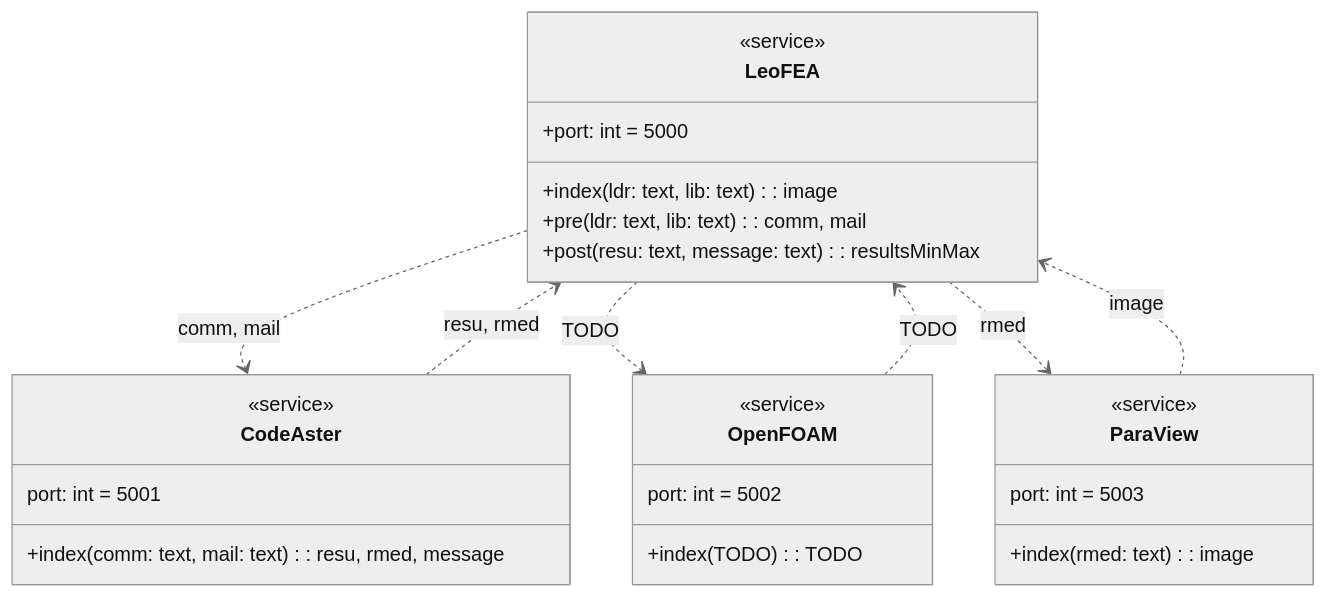
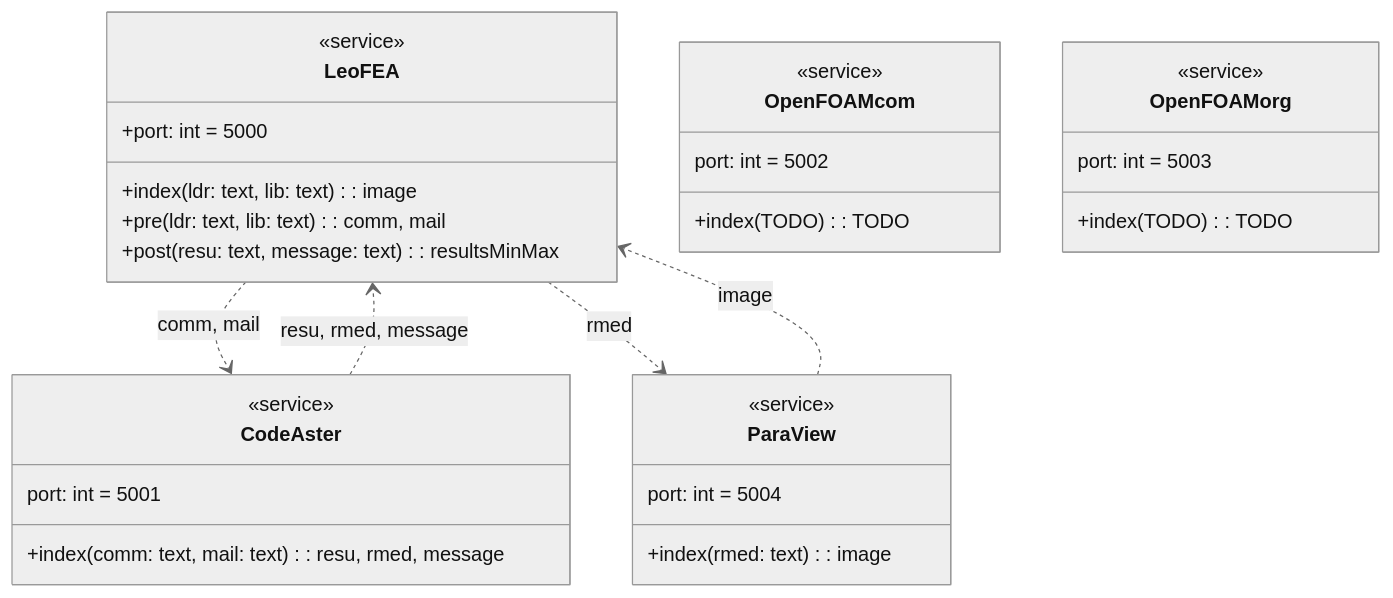
Before and after one commit to ghackenberg/caddrive: the diagram in diagrams/services.mmd, drawn with Mermaid (neutral theme). The commit also changed 57 other files, not shown here.

```diff
--- a/diagrams/services.mmd
+++ b/diagrams/services.mmd
@@ -1,32 +1,35 @@
 classDiagram
     class LeoFEA {
         +port: int = 5000
         +index(ldr: text, lib: text): image
         +pre(ldr: text, lib: text): comm, mail
         +post(resu: text, message: text): resultsMinMax
     }
     class CodeAster {
         port: int = 5001
         +index(comm: text, mail: text): resu, rmed, message
     }
-    class OpenFOAM {
+    class OpenFOAMcom {
         port: int = 5002
         +index(TODO): TODO
     }
+    class OpenFOAMorg {
+        port: int = 5003
+        +index(TODO): TODO
+    }
     class ParaView {
-        port: int = 5003
+        port: int = 5004
         +index(rmed: text): image
     }
 
     <<service>> LeoFEA
     <<service>> CodeAster
-    <<service>> OpenFOAM
+    <<service>> OpenFOAMcom
+    <<service>> OpenFOAMorg
     <<service>> ParaView
 
     LeoFEA ..> CodeAster: comm, mail
-    LeoFEA ..> OpenFOAM: TODO
     LeoFEA ..> ParaView: rmed
 
-    CodeAster ..> LeoFEA: resu, rmed
-    OpenFOAM ..> LeoFEA: TODO
+    CodeAster ..> LeoFEA: resu, rmed, message
     ParaView ..> LeoFEA: image
```
